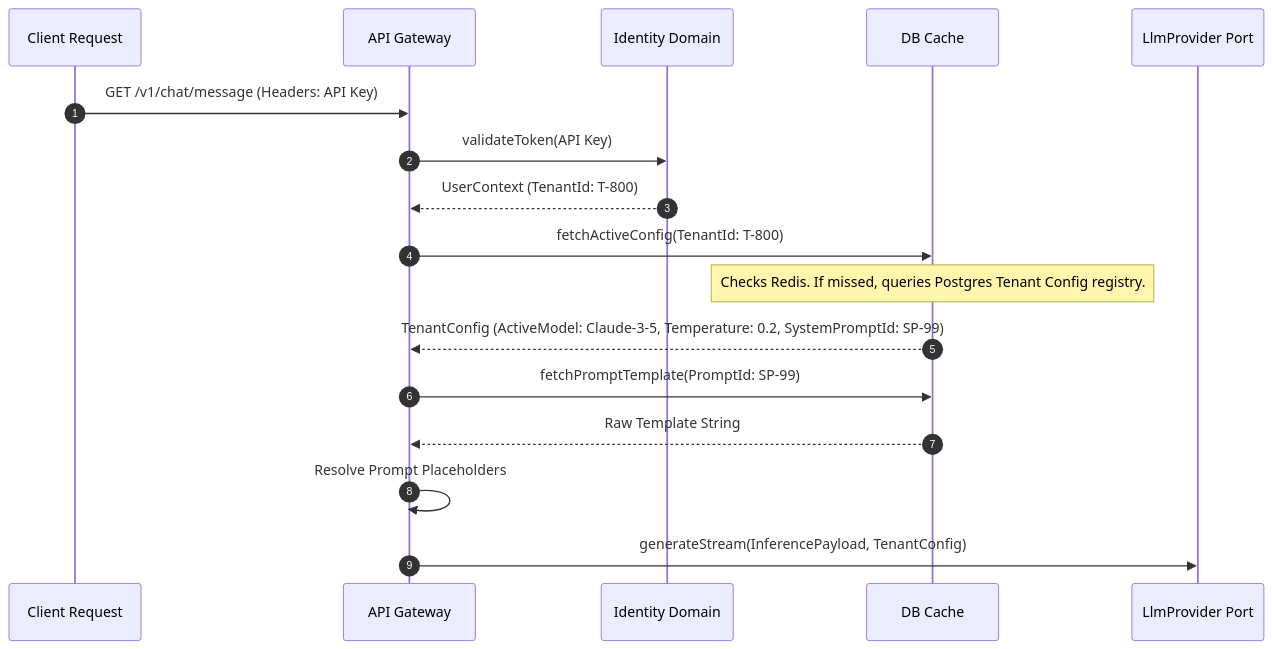
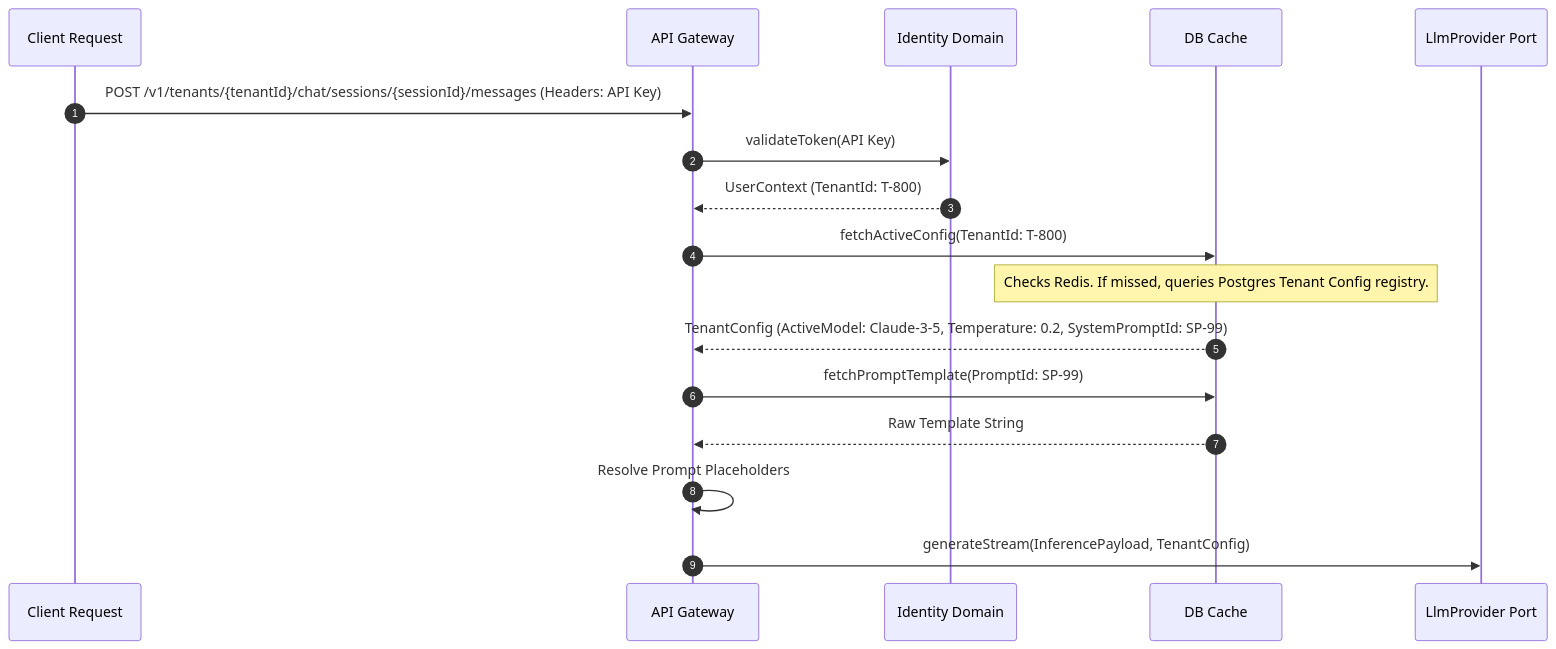
The fifth of 7 diagrams in docs/architecture.md (prat3010/retriever), drawn with Mermaid before and after one commit. The commit also changed other lines of this file and 79 other files, not shown here.

````diff
--- a/docs/architecture.md
+++ b/docs/architecture.md
@@ -473,17 +476,17 @@
 ```mermaid
 sequenceDiagram
     autonumber
-    Client Request->>API Gateway: GET /v1/chat/message (Headers: API Key)
+    Client Request->>API Gateway: POST /v1/tenants/{tenantId}/chat/sessions/{sessionId}/messages (Headers: API Key)
     API Gateway->>Identity Domain: validateToken(API Key)
     Identity Domain-->>API Gateway: UserContext (TenantId: T-800)
     
     API Gateway->>DB Cache: fetchActiveConfig(TenantId: T-800)
     Note over DB Cache: Checks Redis. If missed, queries Postgres Tenant Config registry.
     DB Cache-->>API Gateway: TenantConfig (ActiveModel: Claude-3-5, Temperature: 0.2, SystemPromptId: SP-99)
     
     API Gateway->>DB Cache: fetchPromptTemplate(PromptId: SP-99)
     DB Cache-->>API Gateway: Raw Template String
     
     API Gateway->>API Gateway: Resolve Prompt Placeholders
     API Gateway->>LlmProvider Port: generateStream(InferencePayload, TenantConfig)
 ```
````
